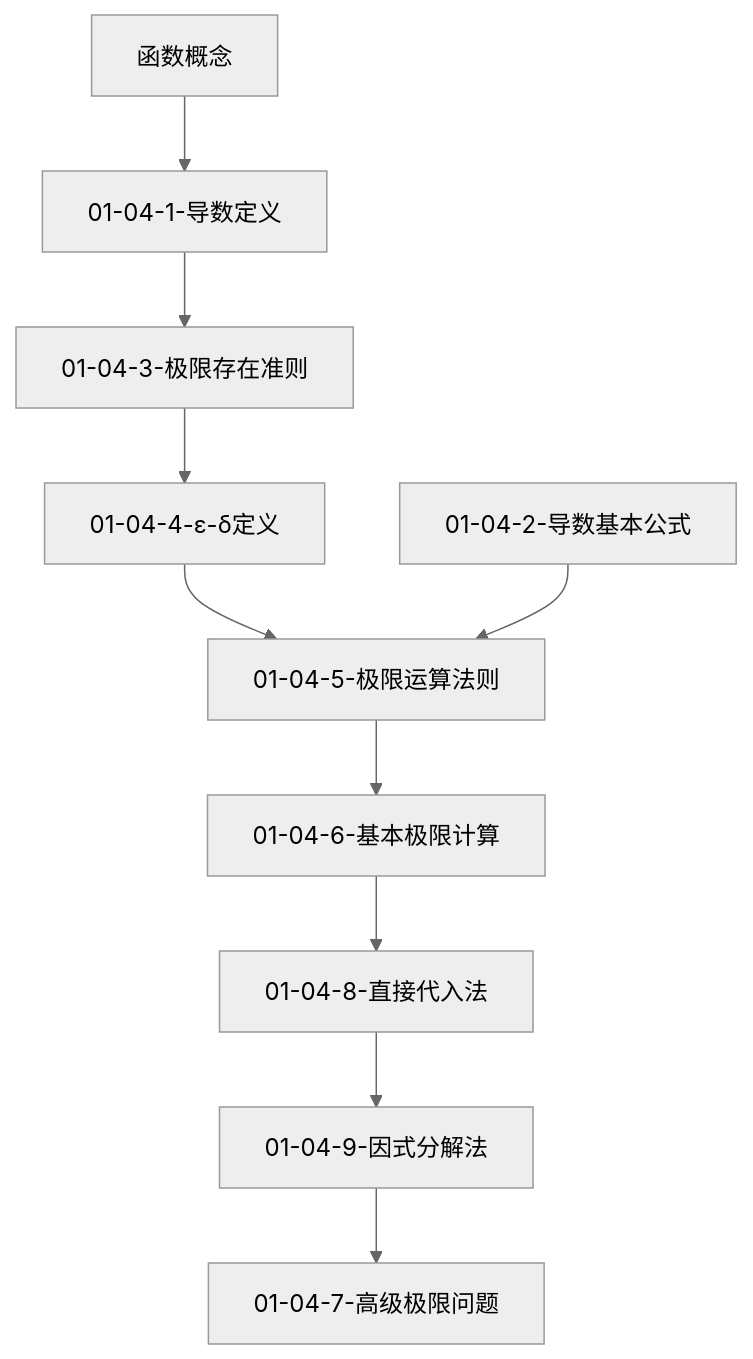
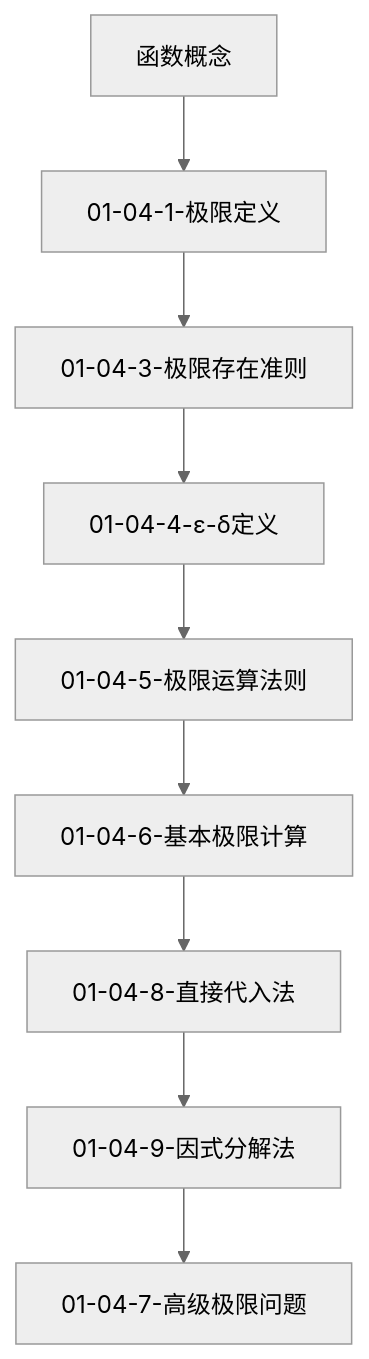
Before and after one commit to SAMLAY-c/kaoyanmath: the diagram in Graduate Math Notes/01_主题索引/01-04-函数极限与性质-MOC.md, drawn with Mermaid (neutral theme). The commit also changed other lines of this file and 8 other files, not shown here.

````diff
--- a/Graduate Math Notes/01_主题索引/01-04-函数极限与性质-MOC.md
+++ b/Graduate Math Notes/01_主题索引/01-04-函数极限与性质-MOC.md
@@ -99,13 +98,11 @@
 ```mermaid
 graph TD
-    A[函数概念] --> B[01-04-1-导数定义]
+    A[函数概念] --> B[01-04-1-极限定义]
     B --> C[01-04-3-极限存在准则]
     C --> D[01-04-4-ε-δ定义]
     D --> E[01-04-5-极限运算法则]
     E --> F[01-04-6-基本极限计算]
     F --> G[01-04-8-直接代入法]
     G --> H[01-04-9-因式分解法]
     H --> I[01-04-7-高级极限问题]
-    
-    J[01-04-2-导数基本公式] --> E
 ```
````
